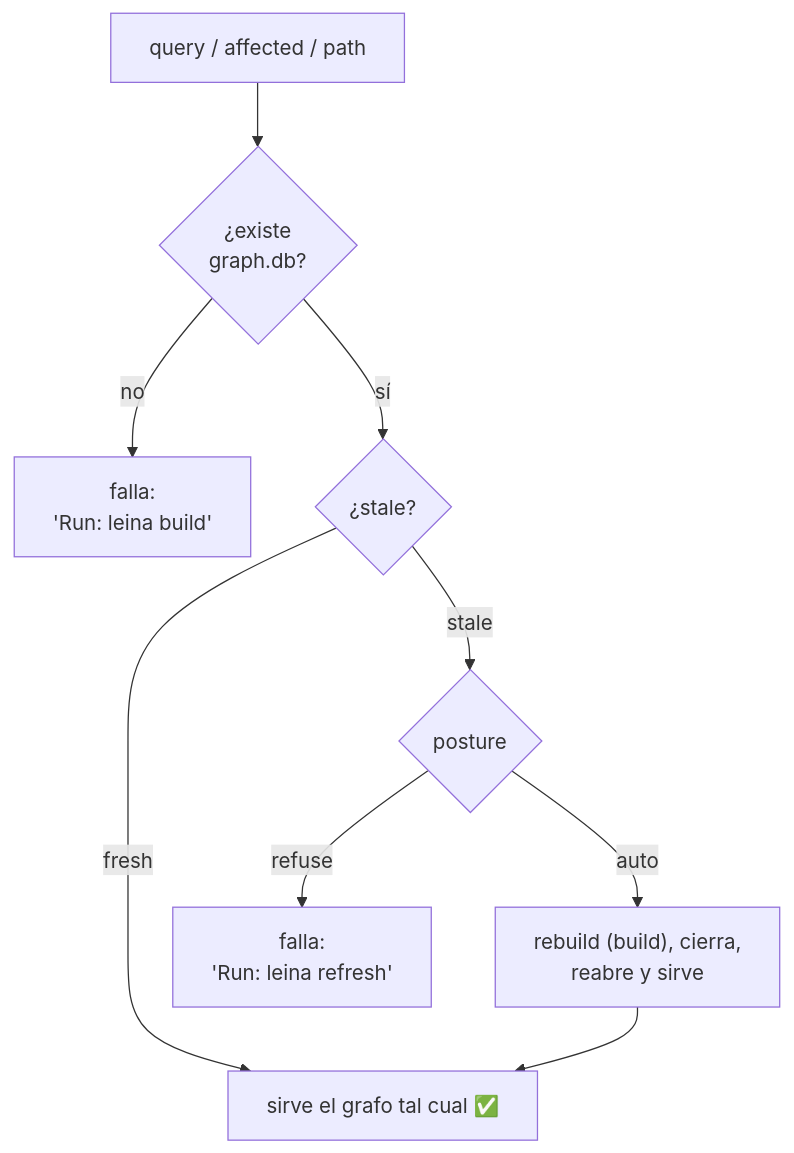
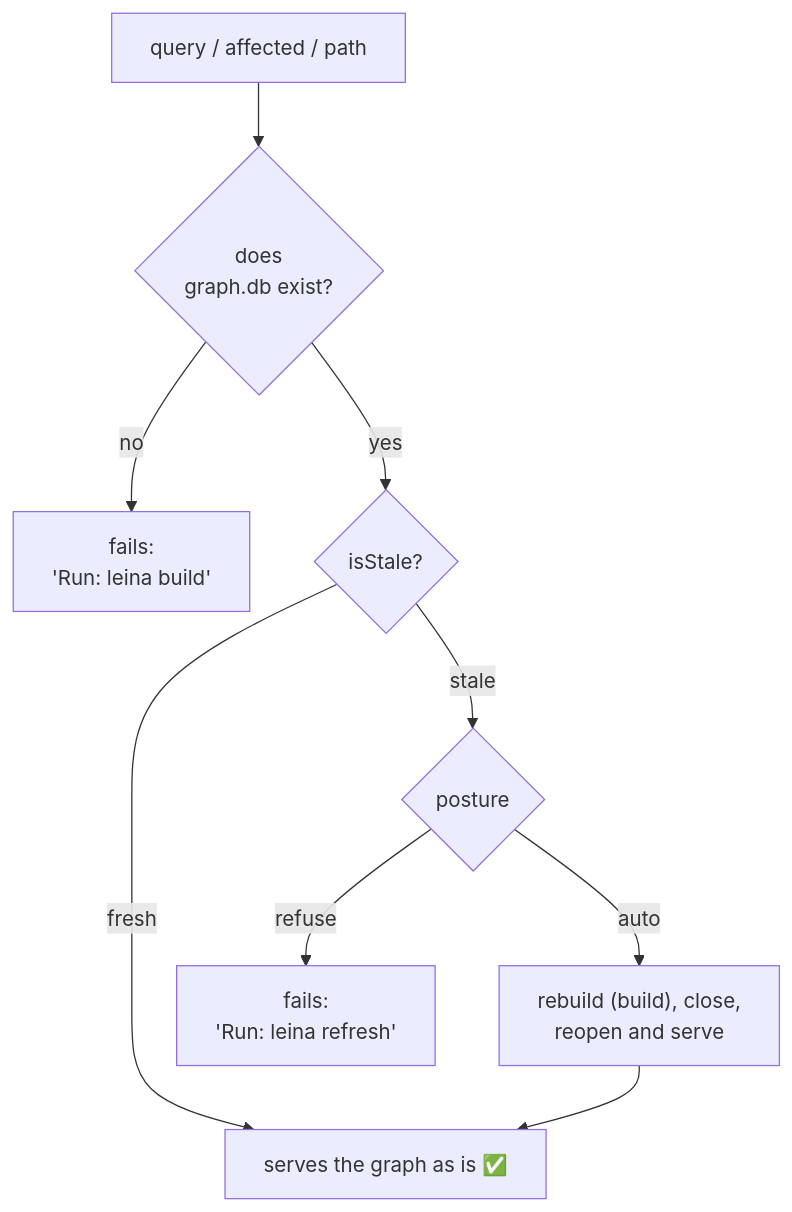
The fifth of 5 diagrams in docs/concepts/03-busqueda-y-consultas.md (Kolimar/leina), drawn with Mermaid before and after one commit. The commit also changed other lines of this file and 27 other files, not shown here.

````diff
--- a/docs/concepts/03-busqueda-y-consultas.md
+++ b/docs/concepts/03-busqueda-y-consultas.md
@@ -131,11 +130,11 @@
 ```mermaid
 flowchart TD
-    read["query / affected / path"] --> exists{¿existe<br/>graph.db?}
-    exists -->|no| fail1["falla:<br/>'Run: leina build'"]
-    exists -->|sí| stale{¿stale?}
-    stale -->|fresh| serve["sirve el grafo tal cual ✅"]
+    read["query / affected / path"] --> exists{does<br/>graph.db exist?}
+    exists -->|no| fail1["fails:<br/>'Run: leina build'"]
+    exists -->|yes| stale{isStale?}
+    stale -->|fresh| serve["serves the graph as is ✅"]
     stale -->|stale| posture{posture}
-    posture -->|auto| rebuild["rebuild (build), cierra,<br/>reabre y sirve"]
-    posture -->|refuse| fail2["falla:<br/>'Run: leina refresh'"]
+    posture -->|auto| rebuild["rebuild (build), close,<br/>reopen and serve"]
+    posture -->|refuse| fail2["fails:<br/>'Run: leina refresh'"]
     rebuild --> serve
 ```
````
